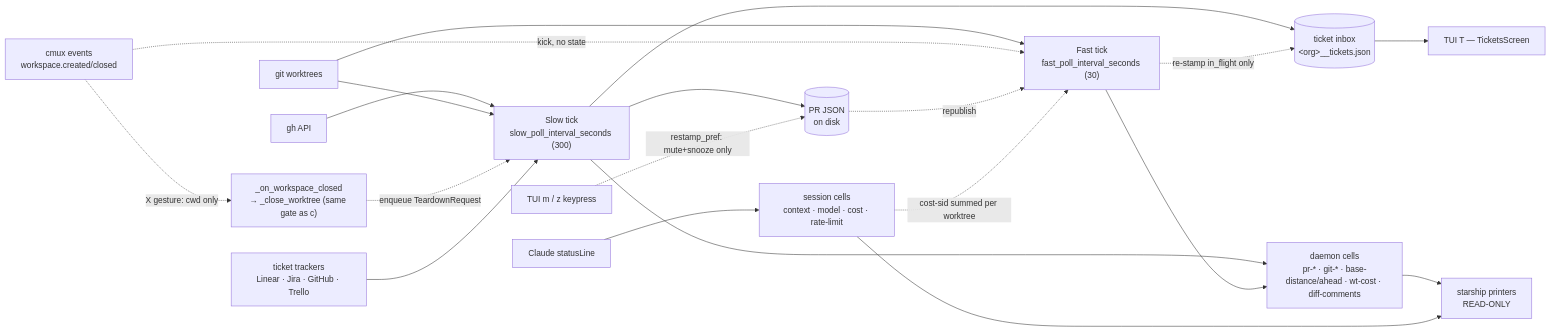
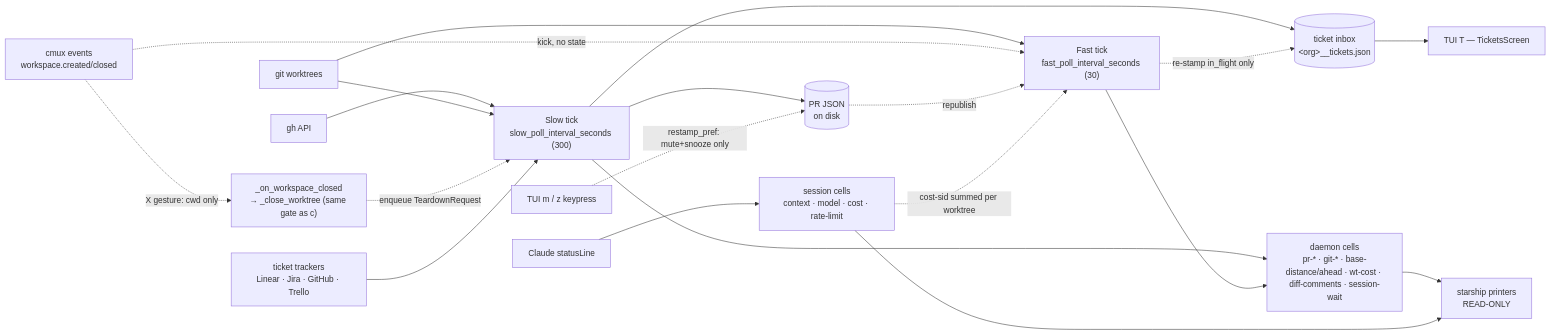
Before and after one commit to khivi/cockpit: the fifth of 5 diagrams in docs/state-machine.md, drawn with Mermaid. The commit also changed other lines of this file and 14 other files, not shown here.

````diff
--- a/docs/state-machine.md
+++ b/docs/state-machine.md
@@ -531,27 +536,27 @@
 ```mermaid
 flowchart LR
   GH["gh API"] --> SLOW["Slow tick<br/>slow_poll_interval_seconds (300)"]
   GIT["git worktrees"] --> SLOW
   GIT --> FAST["Fast tick<br/>fast_poll_interval_seconds (30)"]
   EV["cmux events<br/>workspace.created/closed"] -.kick, no state.-> FAST
   EV -.X gesture: cwd only.-> XCLOSE["_on_workspace_closed<br/>→ _close_worktree (same gate as c)"]
   XCLOSE -.enqueue TeardownRequest.-> SLOW
 
   SLOW --> DISK[("PR JSON<br/>on disk")]
   DISK -.republish.-> FAST
   KEY["TUI m / z keypress"] -.restamp_pref: mute+snooze only.-> DISK
 
   TRK["ticket trackers<br/>Linear · Jira · GitHub · Trello"] --> SLOW
   SLOW --> INBOX[("ticket inbox<br/>&lt;org&gt;__tickets.json")]
   FAST -.re-stamp in_flight only.-> INBOX
   INBOX --> IKEY["TUI T — TicketsScreen"]
 
-  SLOW --> CELLS["daemon cells<br/>pr-* · git-* · base-distance/ahead · wt-cost · diff-comments"]
+  SLOW --> CELLS["daemon cells<br/>pr-* · git-* · base-distance/ahead · wt-cost · diff-comments · session-wait"]
   FAST --> CELLS
 
   STDIN["Claude statusLine"] --> SESS["session cells<br/>context · model · cost · rate-limit"]
   SESS -.cost-sid summed per worktree.-> FAST
 
   CELLS --> RENDER["starship printers<br/>READ-ONLY"]
   SESS --> RENDER
 ```
````
